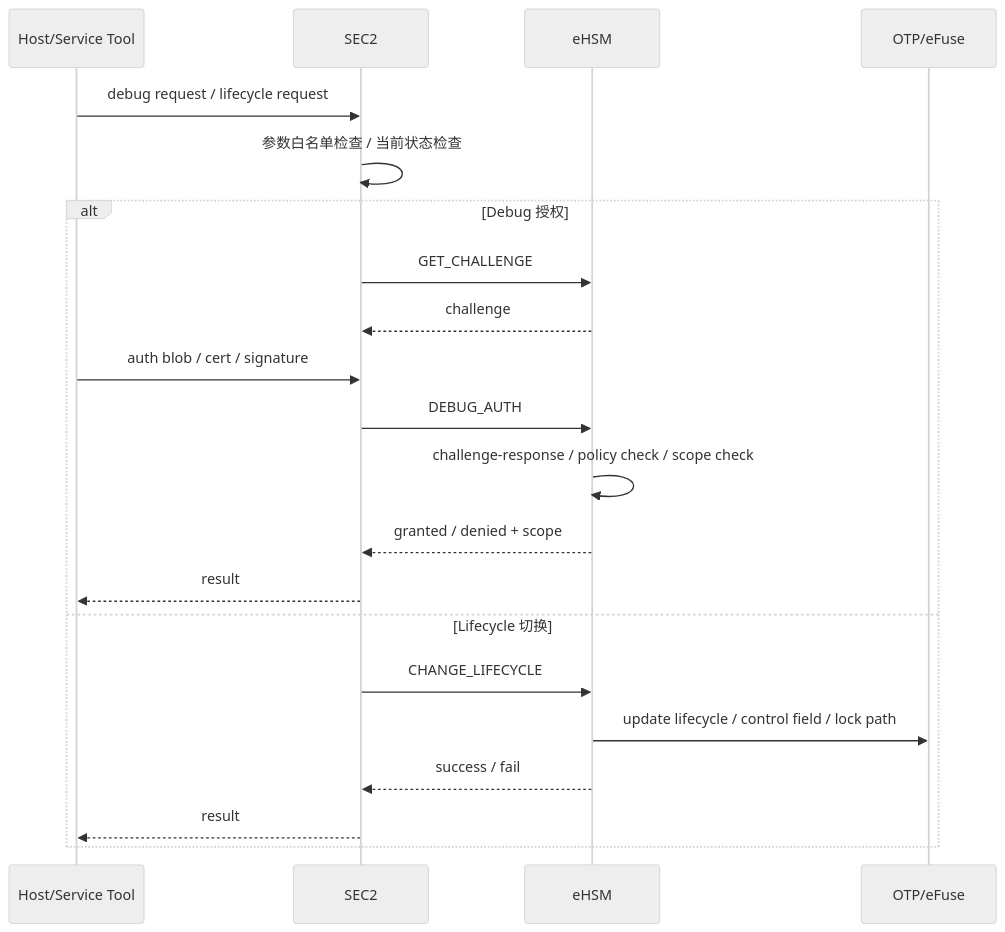
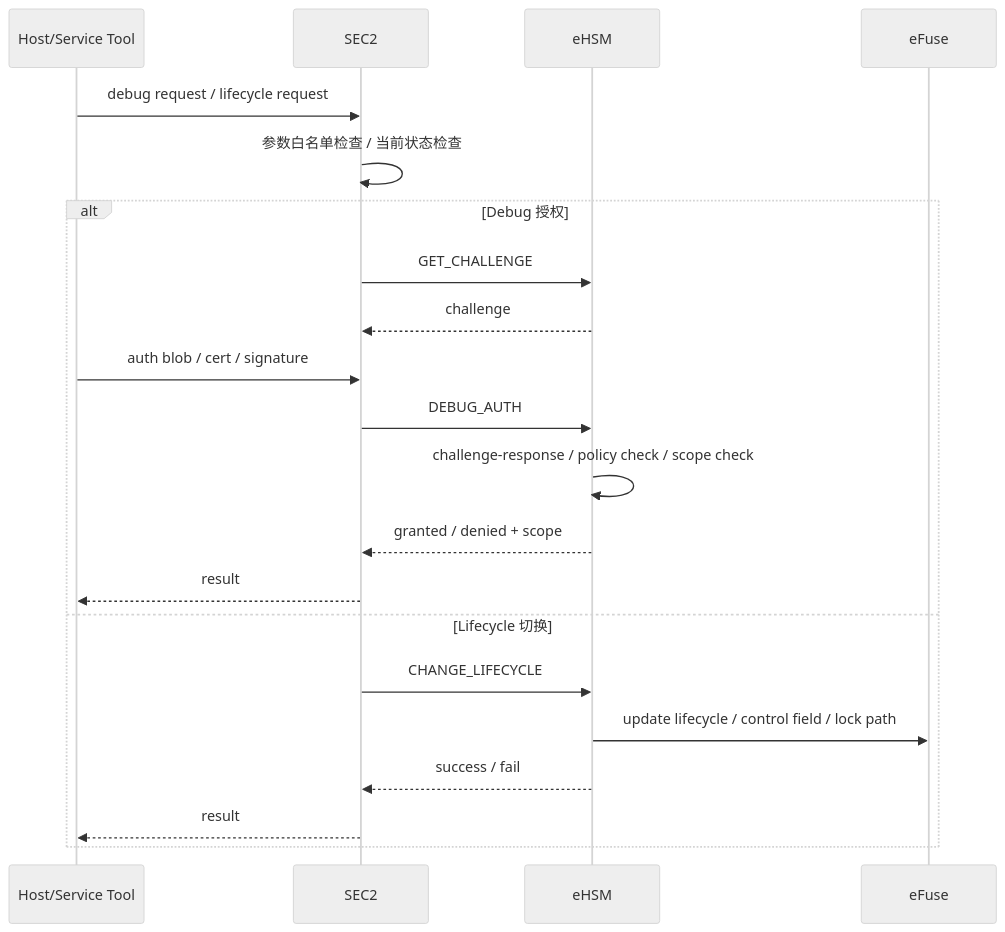
One commit to DBW19931021/security_-scheme changed diagram 15 of 29 in ngu800_security_solution_flow_with_gpt/security_workflow/03_detailed_design/10_full_design.md. Above: the diagram before and after it, drawn with Mermaid (neutral theme). The commit also changed other lines of this file and 28 other files, not shown here.

````diff
--- a/ngu800_security_solution_flow_with_gpt/security_workflow/03_detailed_design/10_full_design.md
+++ b/ngu800_security_solution_flow_with_gpt/security_workflow/03_detailed_design/10_full_design.md
@@ -1728,24 +1940,24 @@
 ```mermaid
 sequenceDiagram
     participant H as Host/Service Tool
     participant SEC as SEC2
     participant EH as eHSM
-    participant OTP as OTP/eFuse
+    participant eFuse as eFuse
 
     H->>SEC: debug request / lifecycle request
     SEC->>SEC: 参数白名单检查 / 当前状态检查
     alt Debug 授权
         SEC->>EH: GET_CHALLENGE
         EH-->>SEC: challenge
         H->>SEC: auth blob / cert / signature
         SEC->>EH: DEBUG_AUTH
         EH->>EH: challenge-response / policy check / scope check
         EH-->>SEC: granted / denied + scope
         SEC-->>H: result
     else Lifecycle 切换
         SEC->>EH: CHANGE_LIFECYCLE
-        EH->>OTP: update lifecycle / control field / lock path
+        EH->>eFuse: update lifecycle / control field / lock path
         EH-->>SEC: success / fail
         SEC-->>H: result
     end
 ```
````
